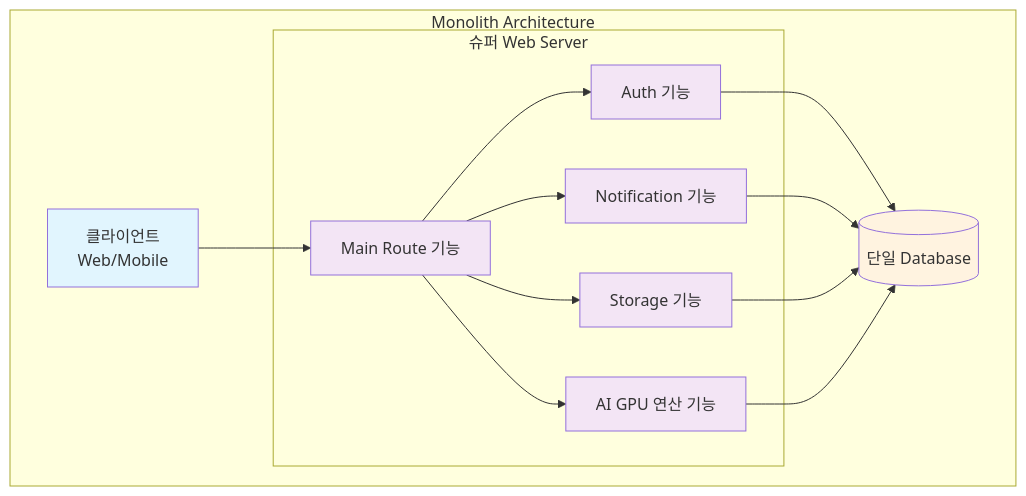
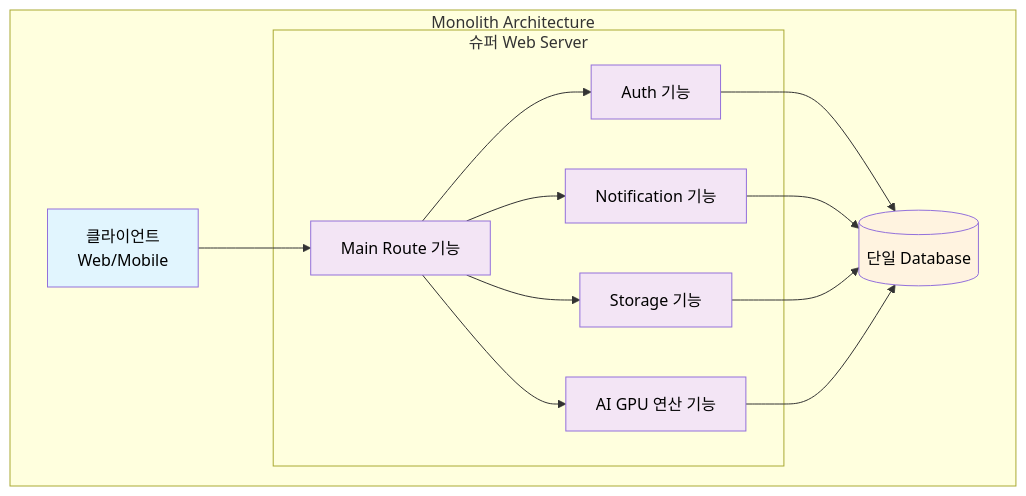
One commit to isinthesky/isinthesky changed the first of 3 diagrams in study/msa-experience/1-intro.md. Above: the diagram before and after it, drawn with Mermaid. The commit also changed other lines of this file and 4 other files, not shown here.

````diff
--- a/study/msa-experience/1-intro.md
+++ b/study/msa-experience/1-intro.md
@@ -47,34 +21,34 @@
 ```mermaid
 graph TB
     subgraph "Monolith Architecture"
         Client[클라이언트<br/>Web/Mobile]
         
         subgraph "슈퍼 Web Server"
             MainRoute[Main Route 기능]
             Auth[Auth 기능]
             Noti[Notification 기능]
             Storage[Storage 기능]
             AIGPU[AI GPU 연산 기능]
         end
         
         DB[(단일 Database)]
         
         Client --> MainRoute
         MainRoute --> Auth
         MainRoute --> Noti
         MainRoute --> Storage
         MainRoute --> AIGPU
         Auth --> DB
         Noti --> DB
         Storage --> DB
         AIGPU --> DB
     end
     
-    style Client fill:#e1f5fe
-    style DB fill:#fff3e0
-    style MainRoute fill:#f3e5f5
-    style Auth fill:#f3e5f5
-    style Noti fill:#f3e5f5
-    style Storage fill:#f3e5f5
-    style AIGPU fill:#f3e5f5
+    style Client fill:#e1f5fe,color:#000
+    style DB fill:#fff3e0,color:#000
+    style MainRoute fill:#f3e5f5,color:#000
+    style Auth fill:#f3e5f5,color:#000
+    style Noti fill:#f3e5f5,color:#000
+    style Storage fill:#f3e5f5,color:#000
+    style AIGPU fill:#f3e5f5,color:#000
 ```
````
